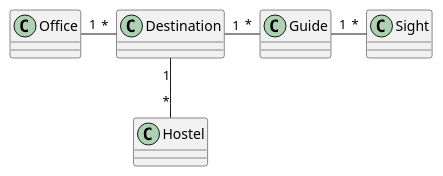
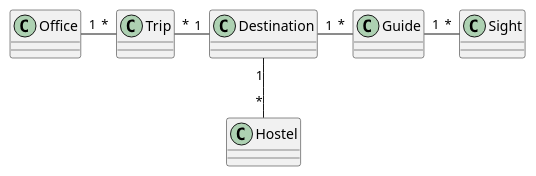
One commit to 2122-4ahif-nvs/01-microproject-DaTunc changed the diagram in reisebüro-quarkus/src/main/java/org/acme/Graph.adoc. Above: the diagram before and after it, drawn with PlantUML. The commit also changed 7 other files, not shown here.

```diff
--- a/reisebüro-quarkus/src/main/java/org/acme/Graph.adoc
+++ b/reisebüro-quarkus/src/main/java/org/acme/Graph.adoc
@@ -2,16 +2,17 @@
 [plantuml]
 ----
 @startuml
 class Destination
 class Guide
 class Hostel
 class Office
 class Sight
 
-Office "1" -r- "*"  Destination
+Office "1"-r--"*" Trip
+Trip "*" -r-- "1" Destination
 Destination "1"-- "*"  Hostel
 Destination "1" -r- "*" Guide
 Guide "1" -r-"*"Sight
 
 @enduml
 ----
```
